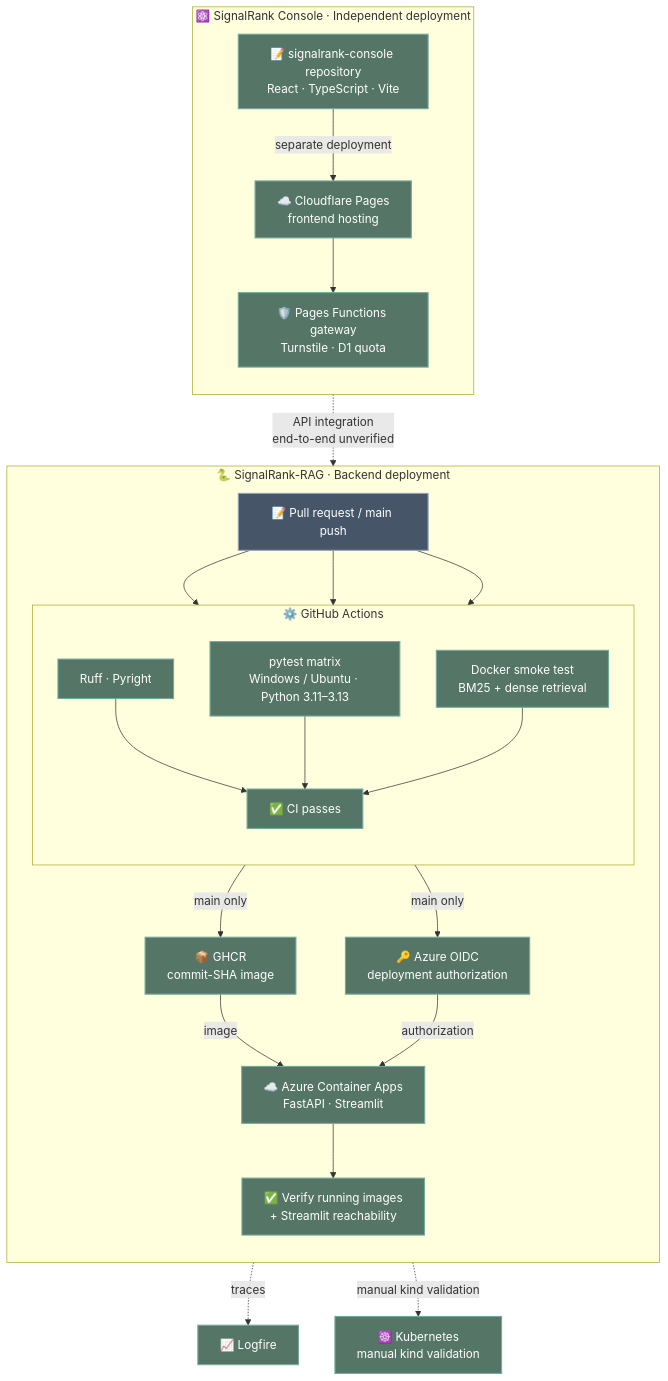
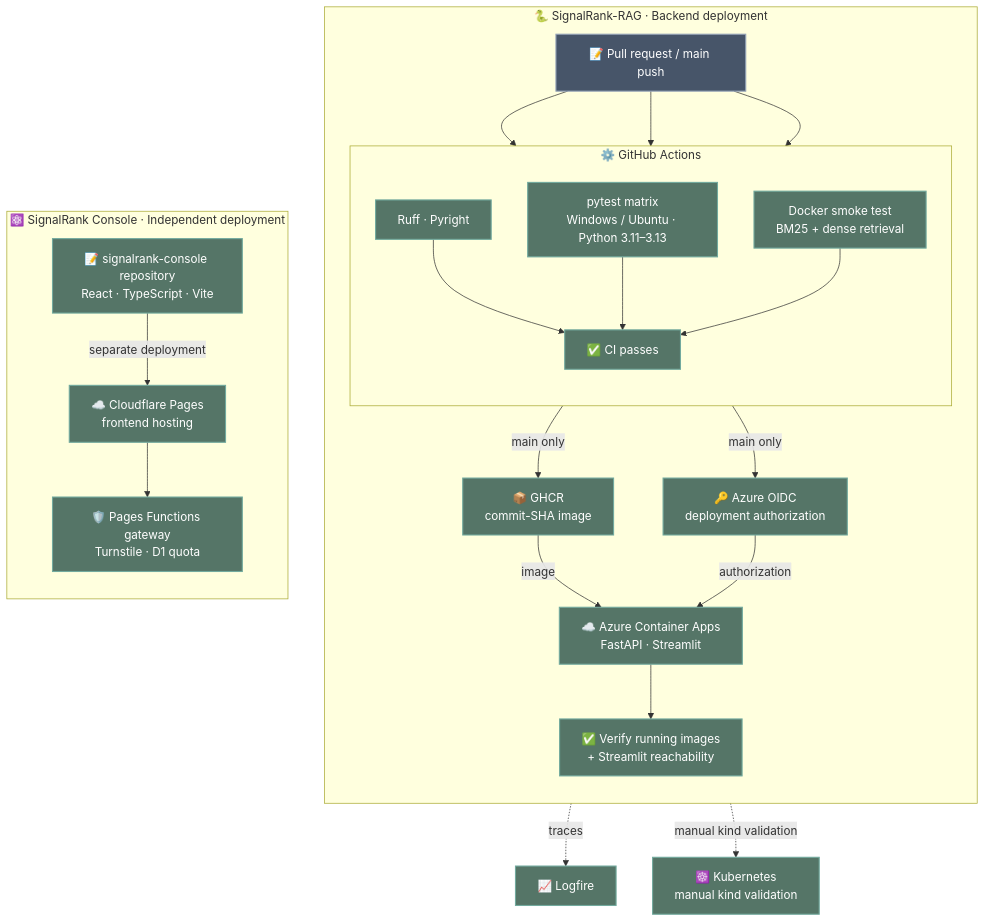
Before and after one commit to bksampadi/SignalRank-RAG: the third of 3 diagrams in README.md, drawn with Mermaid. The commit also changed other lines of this file, not shown here.

````diff
--- a/README.md
+++ b/README.md
@@ -139,53 +153,52 @@
 ```mermaid
 flowchart TB
     subgraph BACKEND["🐍 SignalRank-RAG · Backend deployment"]
         direction TB
         SRC["📝 Pull request / main push"]
 
         subgraph CI["⚙️ GitHub Actions"]
             direction TB
             QUALITY["Ruff · Pyright"]
             TEST["pytest matrix<br/>Windows / Ubuntu · Python 3.11–3.13"]
             SMOKE["Docker smoke test<br/>BM25 + dense retrieval"]
             PASS["✅ CI passes"]
             QUALITY --> PASS
             TEST --> PASS
             SMOKE --> PASS
         end
 
         IMAGE["📦 GHCR<br/>commit-SHA image"]
         OIDC["🔑 Azure OIDC<br/>deployment authorization"]
         AZURE["☁️ Azure Container Apps<br/>FastAPI · Streamlit"]
         VERIFY["✅ Verify running images<br/>+ Streamlit reachability"]
 
         SRC --> QUALITY
         SRC --> TEST
         SRC --> SMOKE
         PASS -->|main only| IMAGE
         PASS -->|main only| OIDC
         IMAGE -->|image| AZURE
         OIDC -->|authorization| AZURE
         AZURE --> VERIFY
     end
 
     subgraph FRONTEND["⚛️ SignalRank Console · Independent deployment"]
         direction TB
         CONSOLE_SRC["📝 signalrank-console repository<br/>React · TypeScript · Vite"]
         PAGES["☁️ Cloudflare Pages<br/>frontend hosting"]
         GATEWAY["🛡️ Pages Functions gateway<br/>Turnstile · D1 quota"]
         CONSOLE_SRC -->|separate deployment| PAGES
         PAGES --> GATEWAY
     end
 
     OBS["📈 Logfire"]
     K8S["☸️ Kubernetes<br/>manual kind validation"]
 
-    GATEWAY -.->|API integration<br/>end-to-end unverified| AZURE
     AZURE -. traces .-> OBS
     SRC -.->|manual kind validation| K8S
 
     classDef platform fill:#557567,stroke:#72AA9E,stroke-width:1.5px,color:#ffffff
     classDef neutral fill:#475569,stroke:#94A3B8,stroke-width:1.5px,color:#ffffff
     class QUALITY,TEST,SMOKE,PASS,IMAGE,OIDC,AZURE,VERIFY,OBS,K8S,CONSOLE_SRC,PAGES,GATEWAY platform
     class SRC neutral
 ```
````
